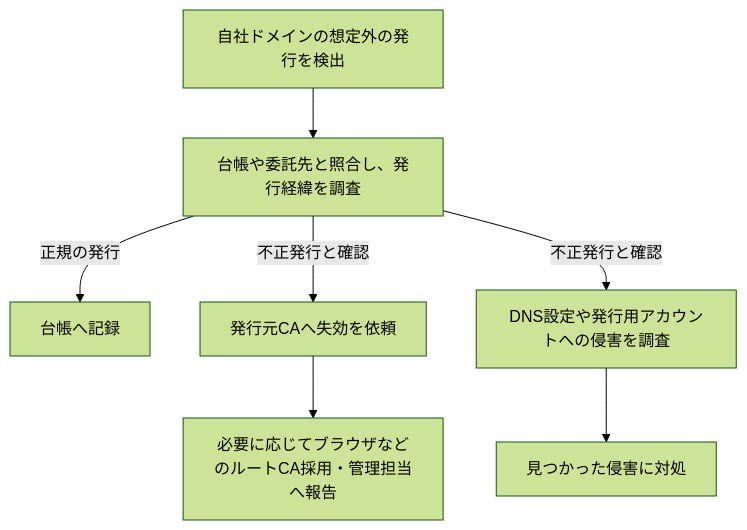
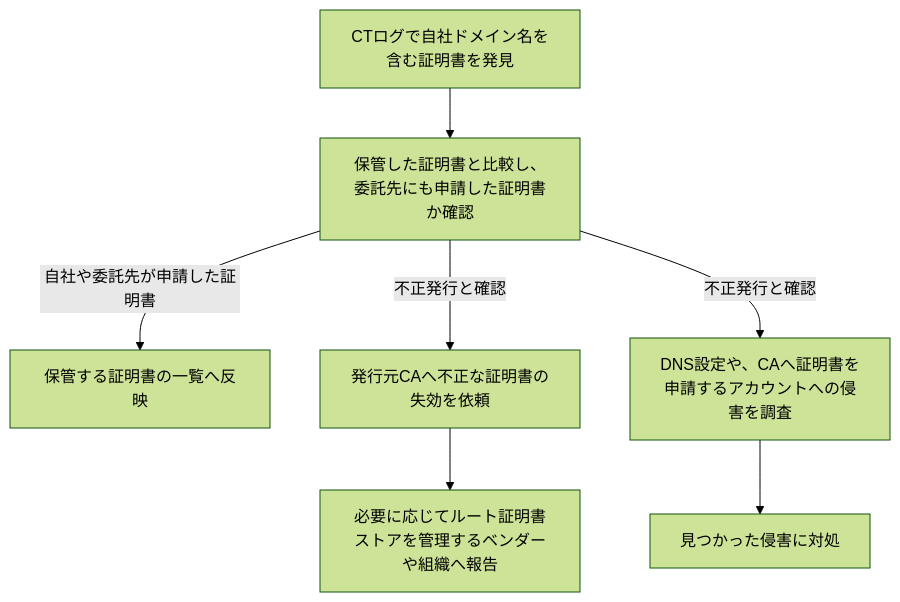
One commit to aurora1530/learning-materials changed the ninth of 10 diagrams in docs/security/20261113-tls-pki-emudhra.md. Above: the diagram before and after it, drawn with Mermaid (forest theme). The commit also changed other lines of this file, not shown here.

````diff
--- a/docs/security/20261113-tls-pki-emudhra.md
+++ b/docs/security/20261113-tls-pki-emudhra.md
@@ -333,9 +328,9 @@
 ```mermaid
 flowchart TD
-    A["自社ドメインの想定外の発行を検出"] --> B["台帳や委託先と照合し、発行経緯を調査"]
-    B -->|正規の発行| C["台帳へ記録"]
-    B -->|不正発行と確認| D["発行元CAへ失効を依頼"]
-    B -->|不正発行と確認| E["DNS設定や発行用アカウントへの侵害を調査"]
-    D --> F["必要に応じてブラウザなどのルートCA採用・管理担当へ報告"]
+    A["CTログで自社ドメイン名を含む証明書を発見"] --> B["保管した証明書と比較し、委託先にも申請した証明書か確認"]
+    B -->|自社や委託先が申請した証明書| C["保管する証明書の一覧へ反映"]
+    B -->|不正発行と確認| D["発行元CAへ不正な証明書の失効を依頼"]
+    B -->|不正発行と確認| E["DNS設定や、CAへ証明書を申請するアカウントへの侵害を調査"]
+    D --> F["必要に応じてルート証明書ストアを管理するベンダーや組織へ報告"]
     E --> G["見つかった侵害に対処"]
 ```
````
